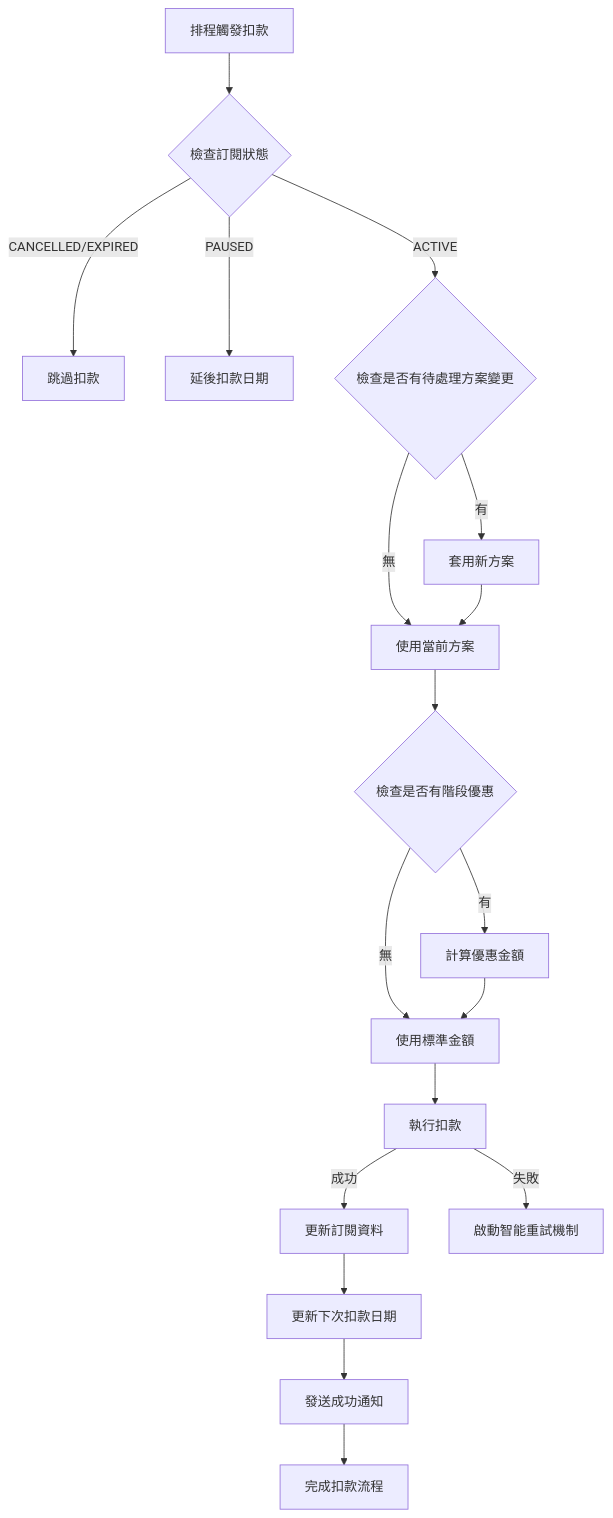
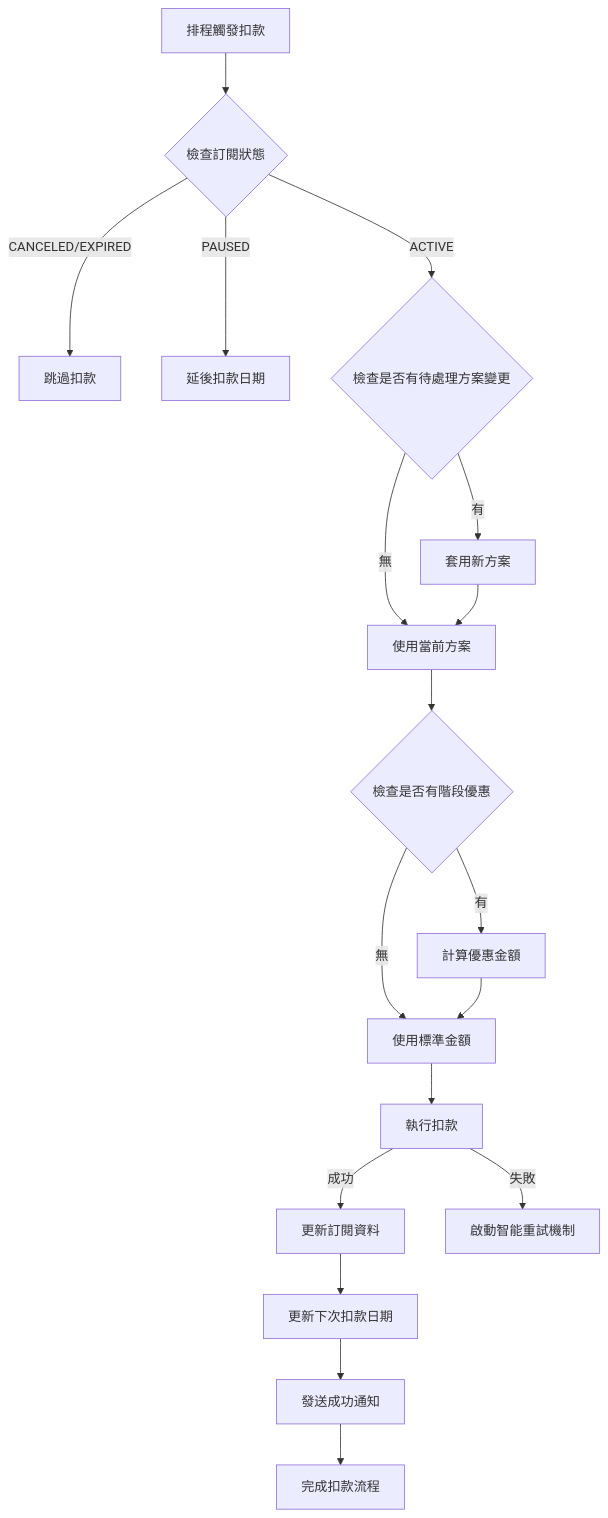
The second of 9 diagrams in docs/architecture/activity-flow.md (xxxhand/auto-payment-sample), drawn with Mermaid before and after one commit. The commit also changed other lines of this file and 7 other files, not shown here.

````diff
--- a/docs/architecture/activity-flow.md
+++ b/docs/architecture/activity-flow.md
@@ -42,20 +42,20 @@
 ```mermaid
 flowchart TD
     A[排程觸發扣款] --> B{檢查訂閱狀態}
-    B -->|CANCELLED/EXPIRED| C[跳過扣款]
+    B -->|CANCELED/EXPIRED| C[跳過扣款]
     B -->|PAUSED| D[延後扣款日期]
     B -->|ACTIVE| E{檢查是否有待處理方案變更}
     E -->|有| F[套用新方案]
     E -->|無| G[使用當前方案]
     F --> G
     G --> H{檢查是否有階段優惠}
     H -->|有| I[計算優惠金額]
     H -->|無| J[使用標準金額]
     I --> J
     J --> K[執行扣款]
     K -->|成功| L[更新訂閱資料]
     L --> M[更新下次扣款日期]
     M --> N[發送成功通知]
     N --> O[完成扣款流程]
     K -->|失敗| P[啟動智能重試機制]
 ```
````
